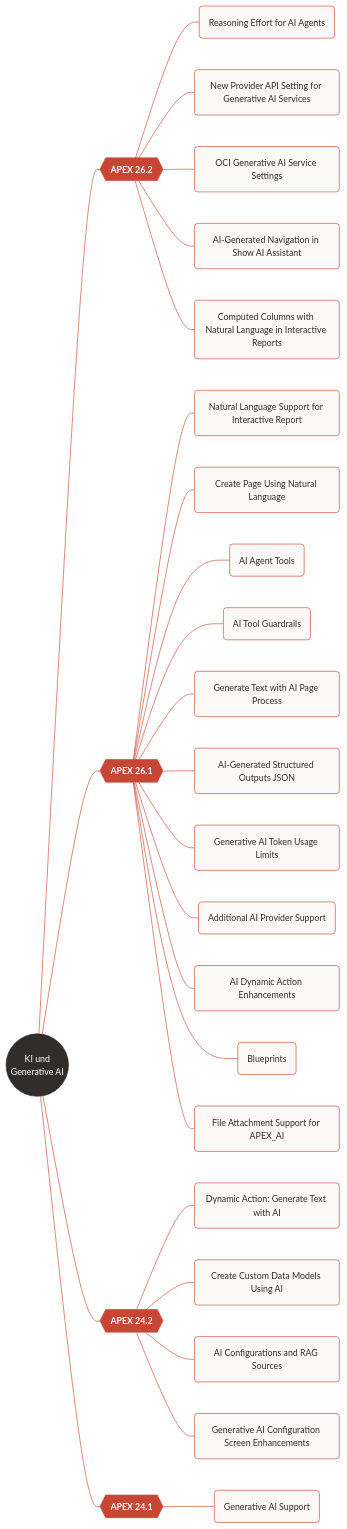
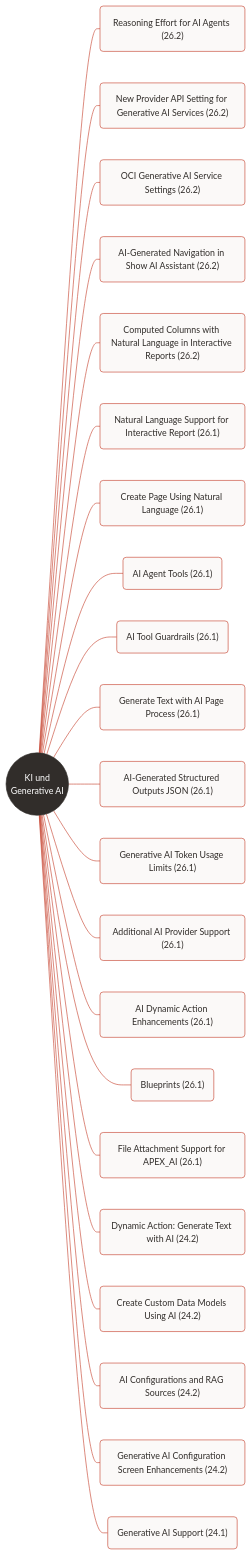
The third of 3 diagrams in mindmap-ki-test.md (Nafets-Rezlop/apxnfo), drawn with Mermaid before and after one commit. The commit also changed other lines of this file, not shown here.

Commit message:
Test: Flowchart D ohne Release-Ebene, Release im Featurenamen
Claude-Session: https://claude.ai/code/session_012pd2kUotvyJHEfAwAnqqQM

````diff
--- a/mindmap-ki-test.md
+++ b/mindmap-ki-test.md
@@ -162,56 +162,50 @@
 ---
 flowchart LR
   root(("KI und<br/>Generative AI"))
-  root --- r262{{"APEX 26.2"}}
-  r262 --- r262_0("Reasoning Effort for AI Agents")
-  r262 --- r262_1("New Provider API Setting for Generative AI Services")
-  r262 --- r262_2("OCI Generative AI Service Settings")
-  r262 --- r262_3("AI-Generated Navigation in Show AI Assistant")
-  r262 --- r262_4("Computed Columns with Natural Language in Interactive Reports")
-  root --- r261{{"APEX 26.1"}}
-  r261 --- r261_0("Natural Language Support for Interactive Report")
-  r261 --- r261_1("Create Page Using Natural Language")
-  r261 --- r261_2("AI Agent Tools")
-  r261 --- r261_3("AI Tool Guardrails")
-  r261 --- r261_4("Generate Text with AI Page Process")
-  r261 --- r261_5("AI-Generated Structured Outputs JSON")
-  r261 --- r261_6("Generative AI Token Usage Limits")
-  r261 --- r261_7("Additional AI Provider Support")
-  r261 --- r261_8("AI Dynamic Action Enhancements")
-  r261 --- r261_9("Blueprints")
-  r261 --- r261_10("File Attachment Support for APEX_AI")
-  root --- r242{{"APEX 24.2"}}
-  r242 --- r242_0("Dynamic Action: Generate Text with AI")
-  r242 --- r242_1("Create Custom Data Models Using AI")
-  r242 --- r242_2("AI Configurations and RAG Sources")
-  r242 --- r242_3("Generative AI Configuration Screen Enhancements")
-  root --- r241{{"APEX 24.1"}}
-  r241 --- r241_0("Generative AI Support")
-  click r262_0 href "https://docs.oracle.com/en/database/oracle/apex/26.2/htmrn/new-features.html#GUID-E3EC1EE4-8A4E-4CBE-9303-D5C170FA6DC9" _blank
-  click r262_1 href "https://docs.oracle.com/en/database/oracle/apex/26.2/htmrn/new-features.html#GUID-31C88C7A-697C-46D6-AA1B-8C61D73A3607" _blank
-  click r262_2 href "https://docs.oracle.com/en/database/oracle/apex/26.2/htmrn/new-features.html#GUID-112154A3-8209-4129-A363-DCF87183818D" _blank
-  click r262_3 href "https://docs.oracle.com/en/database/oracle/apex/26.2/htmrn/new-features.html#GUID-6AAA6EDC-D109-40FF-AFE4-B3BFEF064105" _blank
-  click r262_4 href "https://docs.oracle.com/en/database/oracle/apex/26.2/htmrn/new-features.html#GUID-4B21AEBB-7A81-4DB8-9ECD-9728E64C0AA8" _blank
-  click r261_0 href "https://docs.oracle.com/en/database/oracle/apex/26.1/htmrn/new-features.html#GUID-97FD585A-B2FE-4D83-8EC9-B014CFA94A4F" _blank
-  click r261_1 href "https://docs.oracle.com/en/database/oracle/apex/26.1/htmrn/new-features.html#GUID-65875D64-78DE-48CF-B9AE-1AD535FBC62A" _blank
-  click r261_2 href "https://docs.oracle.com/en/database/oracle/apex/26.1/htmrn/new-features.html#GUID-D8D70E73-BF6C-4CF3-8B3A-B20C2463AA92" _blank
-  click r261_3 href "https://docs.oracle.com/en/database/oracle/apex/26.1/htmrn/new-features.html#GUID-D4DFB073-9A1D-4819-89BB-E223189FA7EA" _blank
-  click r261_4 href "https://docs.oracle.com/en/database/oracle/apex/26.1/htmrn/new-features.html#GUID-64E68A65-83E3-4E27-BB9B-6A93491E3360" _blank
-  click r261_5 href "https://docs.oracle.com/en/database/oracle/apex/26.1/htmrn/new-features.html#GUID-32B7FD4E-822A-4F31-995A-49629F46D05E" _blank
-  click r261_6 href "https://docs.oracle.com/en/database/oracle/apex/26.1/htmrn/new-features.html#GUID-90A11DF5-356B-498D-8305-C0F4358265FA" _blank
-  click r261_7 href "https://docs.oracle.com/en/database/oracle/apex/26.1/htmrn/new-features.html#GUID-2BBD7696-4F50-4DEF-834A-0DA80D26DF57" _blank
-  click r261_8 href "https://docs.oracle.com/en/database/oracle/apex/26.1/htmrn/new-features.html#GUID-4378479C-E9E8-4D00-9B77-5894E56BDFB8" _blank
-  click r261_9 href "https://docs.oracle.com/en/database/oracle/apex/26.1/htmrn/new-features.html#GUID-4DEE6D63-8818-419B-9111-769AF8661AD2" _blank
-  click r261_10 href "https://docs.oracle.com/en/database/oracle/apex/26.1/htmrn/new-features.html#GUID-D44EA632-F671-46CB-9AF7-B364E8843351" _blank
-  click r242_0 href "https://docs.oracle.com/en/database/oracle/apex/24.2/htmrn/new-features.html#GUID-3E6CC92E-A56C-4002-BC68-072A14D66D86" _blank
-  click r242_1 href "https://docs.oracle.com/en/database/oracle/apex/24.2/htmrn/new-features.html#GUID-9BE115BE-5CFA-4A68-8FBB-3AFDCAD752FB" _blank
-  click r242_2 href "https://docs.oracle.com/en/database/oracle/apex/24.2/htmrn/new-features.html#GUID-53C1F273-1F73-4E3F-BFC2-EDA2B1DABA93" _blank
-  click r242_3 href "https://docs.oracle.com/en/database/oracle/apex/24.2/htmrn/new-features.html#GUID-3E75A967-82A2-42D5-8950-4B050B47507D" _blank
-  click r241_0 href "https://docs.oracle.com/en/database/oracle/apex/24.1/htmrn/new-features.html#GUID-58986BEB-A222-4976-A48E-E364DAD38406" _blank
-  classDef rel fill:#C74634,stroke:#C74634,color:#fff,font-weight:bold
+  root --- f1("Reasoning Effort for AI Agents (26.2)")
+  root --- f2("New Provider API Setting for Generative AI Services (26.2)")
+  root --- f3("OCI Generative AI Service Settings (26.2)")
+  root --- f4("AI-Generated Navigation in Show AI Assistant (26.2)")
+  root --- f5("Computed Columns with Natural Language in Interactive Reports (26.2)")
+  root --- f6("Natural Language Support for Interactive Report (26.1)")
+  root --- f7("Create Page Using Natural Language (26.1)")
+  root --- f8("AI Agent Tools (26.1)")
+  root --- f9("AI Tool Guardrails (26.1)")
+  root --- f10("Generate Text with AI Page Process (26.1)")
+  root --- f11("AI-Generated Structured Outputs JSON (26.1)")
+  root --- f12("Generative AI Token Usage Limits (26.1)")
+  root --- f13("Additional AI Provider Support (26.1)")
+  root --- f14("AI Dynamic Action Enhancements (26.1)")
+  root --- f15("Blueprints (26.1)")
+  root --- f16("File Attachment Support for APEX_AI (26.1)")
+  root --- f17("Dynamic Action: Generate Text with AI (24.2)")
+  root --- f18("Create Custom Data Models Using AI (24.2)")
+  root --- f19("AI Configurations and RAG Sources (24.2)")
+  root --- f20("Generative AI Configuration Screen Enhancements (24.2)")
+  root --- f21("Generative AI Support (24.1)")
+  click f1 href "https://docs.oracle.com/en/database/oracle/apex/26.2/htmrn/new-features.html#GUID-E3EC1EE4-8A4E-4CBE-9303-D5C170FA6DC9" _blank
+  click f2 href "https://docs.oracle.com/en/database/oracle/apex/26.2/htmrn/new-features.html#GUID-31C88C7A-697C-46D6-AA1B-8C61D73A3607" _blank
+  click f3 href "https://docs.oracle.com/en/database/oracle/apex/26.2/htmrn/new-features.html#GUID-112154A3-8209-4129-A363-DCF87183818D" _blank
+  click f4 href "https://docs.oracle.com/en/database/oracle/apex/26.2/htmrn/new-features.html#GUID-6AAA6EDC-D109-40FF-AFE4-B3BFEF064105" _blank
+  click f5 href "https://docs.oracle.com/en/database/oracle/apex/26.2/htmrn/new-features.html#GUID-4B21AEBB-7A81-4DB8-9ECD-9728E64C0AA8" _blank
+  click f6 href "https://docs.oracle.com/en/database/oracle/apex/26.1/htmrn/new-features.html#GUID-97FD585A-B2FE-4D83-8EC9-B014CFA94A4F" _blank
+  click f7 href "https://docs.oracle.com/en/database/oracle/apex/26.1/htmrn/new-features.html#GUID-65875D64-78DE-48CF-B9AE-1AD535FBC62A" _blank
+  click f8 href "https://docs.oracle.com/en/database/oracle/apex/26.1/htmrn/new-features.html#GUID-D8D70E73-BF6C-4CF3-8B3A-B20C2463AA92" _blank
+  click f9 href "https://docs.oracle.com/en/database/oracle/apex/26.1/htmrn/new-features.html#GUID-D4DFB073-9A1D-4819-89BB-E223189FA7EA" _blank
+  click f10 href "https://docs.oracle.com/en/database/oracle/apex/26.1/htmrn/new-features.html#GUID-64E68A65-83E3-4E27-BB9B-6A93491E3360" _blank
+  click f11 href "https://docs.oracle.com/en/database/oracle/apex/26.1/htmrn/new-features.html#GUID-32B7FD4E-822A-4F31-995A-49629F46D05E" _blank
+  click f12 href "https://docs.oracle.com/en/database/oracle/apex/26.1/htmrn/new-features.html#GUID-90A11DF5-356B-498D-8305-C0F4358265FA" _blank
+  click f13 href "https://docs.oracle.com/en/database/oracle/apex/26.1/htmrn/new-features.html#GUID-2BBD7696-4F50-4DEF-834A-0DA80D26DF57" _blank
+  click f14 href "https://docs.oracle.com/en/database/oracle/apex/26.1/htmrn/new-features.html#GUID-4378479C-E9E8-4D00-9B77-5894E56BDFB8" _blank
+  click f15 href "https://docs.oracle.com/en/database/oracle/apex/26.1/htmrn/new-features.html#GUID-4DEE6D63-8818-419B-9111-769AF8661AD2" _blank
+  click f16 href "https://docs.oracle.com/en/database/oracle/apex/26.1/htmrn/new-features.html#GUID-D44EA632-F671-46CB-9AF7-B364E8843351" _blank
+  click f17 href "https://docs.oracle.com/en/database/oracle/apex/24.2/htmrn/new-features.html#GUID-3E6CC92E-A56C-4002-BC68-072A14D66D86" _blank
+  click f18 href "https://docs.oracle.com/en/database/oracle/apex/24.2/htmrn/new-features.html#GUID-9BE115BE-5CFA-4A68-8FBB-3AFDCAD752FB" _blank
+  click f19 href "https://docs.oracle.com/en/database/oracle/apex/24.2/htmrn/new-features.html#GUID-53C1F273-1F73-4E3F-BFC2-EDA2B1DABA93" _blank
+  click f20 href "https://docs.oracle.com/en/database/oracle/apex/24.2/htmrn/new-features.html#GUID-3E75A967-82A2-42D5-8950-4B050B47507D" _blank
+  click f21 href "https://docs.oracle.com/en/database/oracle/apex/24.1/htmrn/new-features.html#GUID-58986BEB-A222-4976-A48E-E364DAD38406" _blank
   classDef feat fill:#FBF9F8,stroke:#C74634,color:#312D2A
   classDef rt fill:#312D2A,stroke:#312D2A,color:#fff
   class root rt
-  class r262,r261,r242,r241 rel
-  class r262_0,r262_1,r262_2,r262_3,r262_4,r261_0,r261_1,r261_2,r261_3,r261_4,r261_5,r261_6,r261_7,r261_8,r261_9,r261_10,r242_0,r242_1,r242_2,r242_3,r241_0 feat
+  class f1,f2,f3,f4,f5,f6,f7,f8,f9,f10,f11,f12,f13,f14,f15,f16,f17,f18,f19,f20,f21 feat
 ```
````
